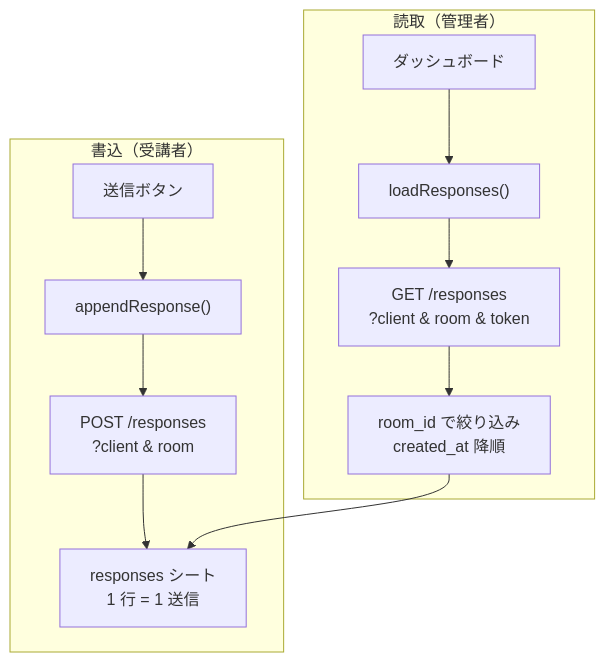
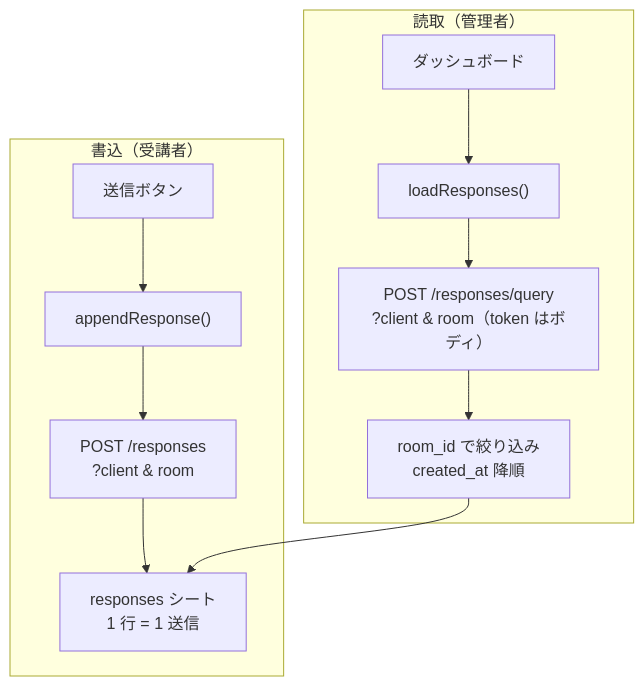
The third of 5 diagrams in docs/SPREADSHEET-DATA.md (shintaro0403/experteye360), drawn with Mermaid before and after one commit. The commit also changed other lines of this file and 32 other files, not shown here.

````diff
--- a/docs/SPREADSHEET-DATA.md
+++ b/docs/SPREADSHEET-DATA.md
@@ -201,19 +201,19 @@
 ```mermaid
 flowchart TD
   subgraph write["書込（受講者）"]
     SUB["送信ボタン"]
     APP["appendResponse()"]
     POST["POST /responses<br/>?client & room"]
     ROW["responses シート<br/>1 行 = 1 送信"]
     SUB --> APP --> POST --> ROW
   end
 
   subgraph read["読取（管理者）"]
     DASH["ダッシュボード"]
     LOAD["loadResponses()"]
-    GET["GET /responses<br/>?client & room & token"]
+    GET["POST /responses/query<br/>?client & room（token はボディ）"]
     FILT["room_id で絞り込み<br/>created_at 降順"]
     DASH --> LOAD --> GET --> FILT
     FILT --> ROW
   end
 ```
````
